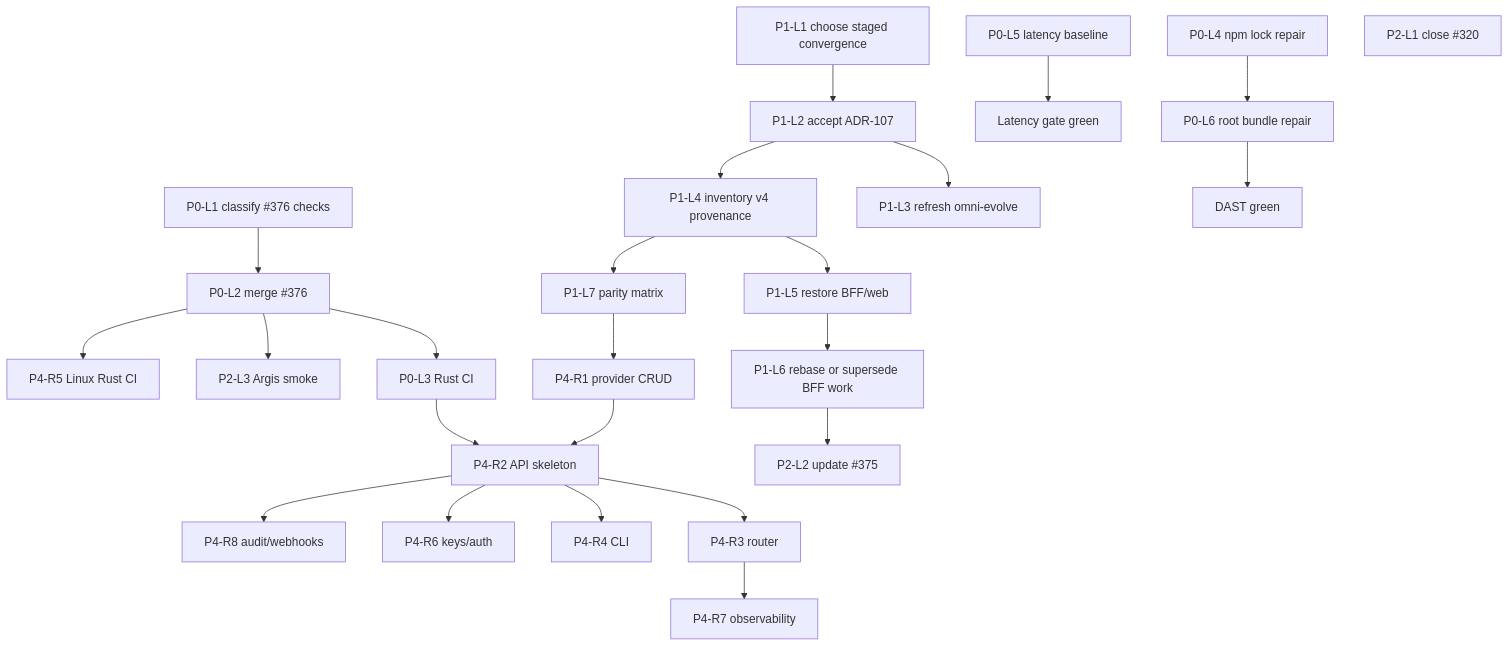
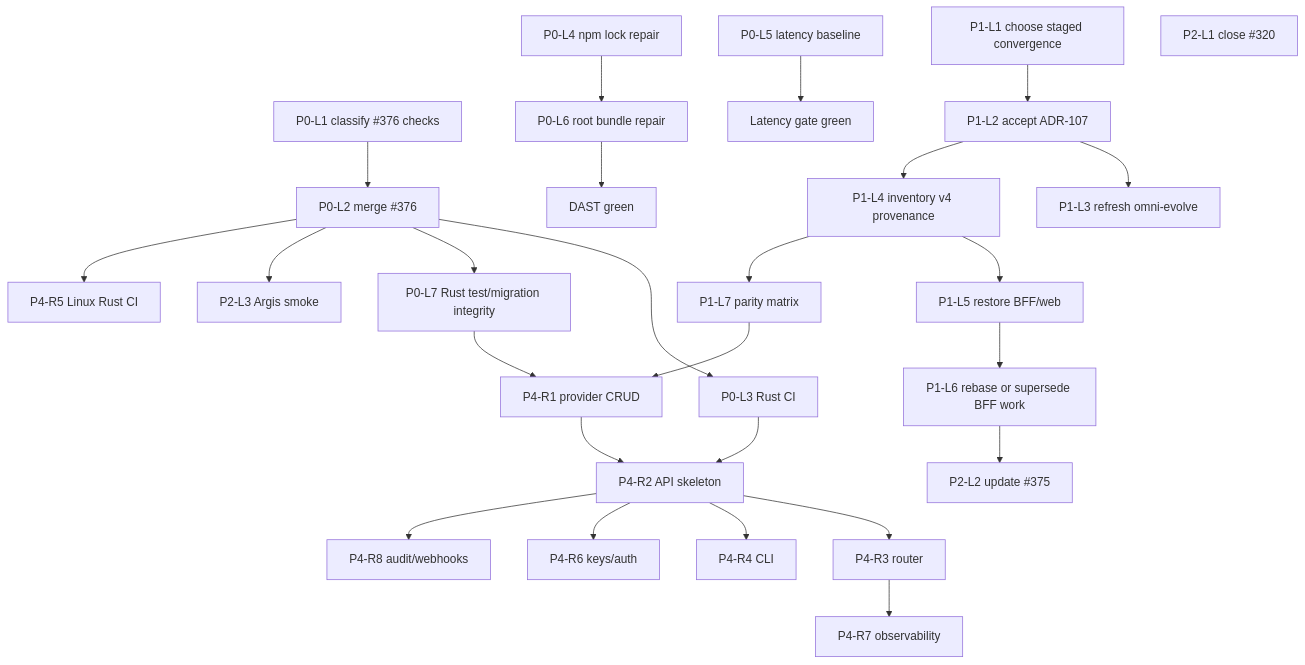
Before and after one commit to KooshaPari/OmniRoute: the diagram in plans/2026-07-17-proc2-wbs-pert-dag.md, drawn with Mermaid. The commit also changed other lines of this file and 2 other files, not shown here.

Commit message:
docs(plan): gate Rust evolution on integrity baseline

````diff
--- a/plans/2026-07-17-proc2-wbs-pert-dag.md
+++ b/plans/2026-07-17-proc2-wbs-pert-dag.md
@@ -81,30 +82,32 @@
 ```mermaid
 flowchart TD
   C376[P0-L1 classify #376 checks] --> M376[P0-L2 merge #376]
   M376 --> RCI[P0-L3 Rust CI]
+  M376 --> RBASE[P0-L7 Rust test/migration integrity]
   M376 --> ARG[P2-L3 Argis smoke]
   NPM[P0-L4 npm lock repair] --> BUNDLE[P0-L6 root bundle repair]
   BUNDLE --> DAST[DAST green]
   LAT[P0-L5 latency baseline] --> REST[Latency gate green]
 
   DEC[P1-L1 choose staged convergence]
   DEC --> ADR[P1-L2 accept ADR-107]
   ADR --> DAG[P1-L3 refresh omni-evolve]
   ADR --> INV[P1-L4 inventory v4 provenance]
   INV --> RESTORE[P1-L5 restore BFF/web]
   RESTORE --> BFF[P1-L6 rebase or supersede BFF work]
   INV --> MATRIX[P1-L7 parity matrix]
 
   MATRIX --> CRUD[P4-R1 provider CRUD]
+  RBASE --> CRUD
   RCI --> API[P4-R2 API skeleton]
   CRUD --> API
   API --> ROUTER[P4-R3 router]
   API --> CLI[P4-R4 CLI]
   M376 --> RUSTCI[P4-R5 Linux Rust CI]
   API --> AUTH[P4-R6 keys/auth]
   ROUTER --> OBS[P4-R7 observability]
   API --> AUDIT[P4-R8 audit/webhooks]
 
   CLOSE320[P2-L1 close #320]
   BFF --> NOTE375[P2-L2 update #375]
 ```
````
